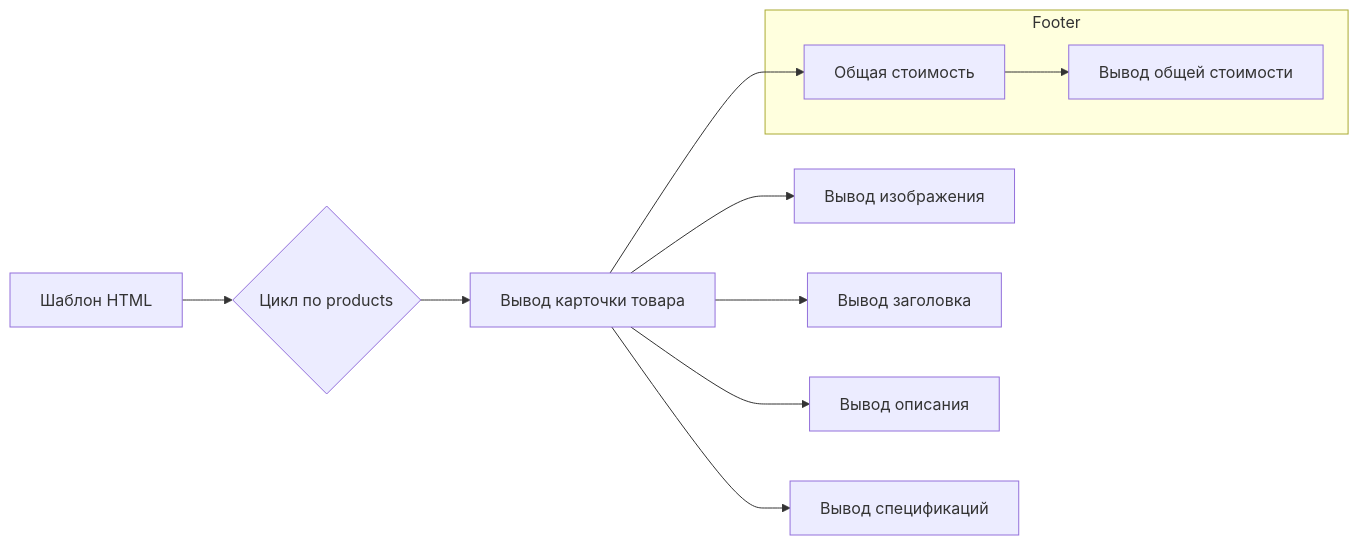
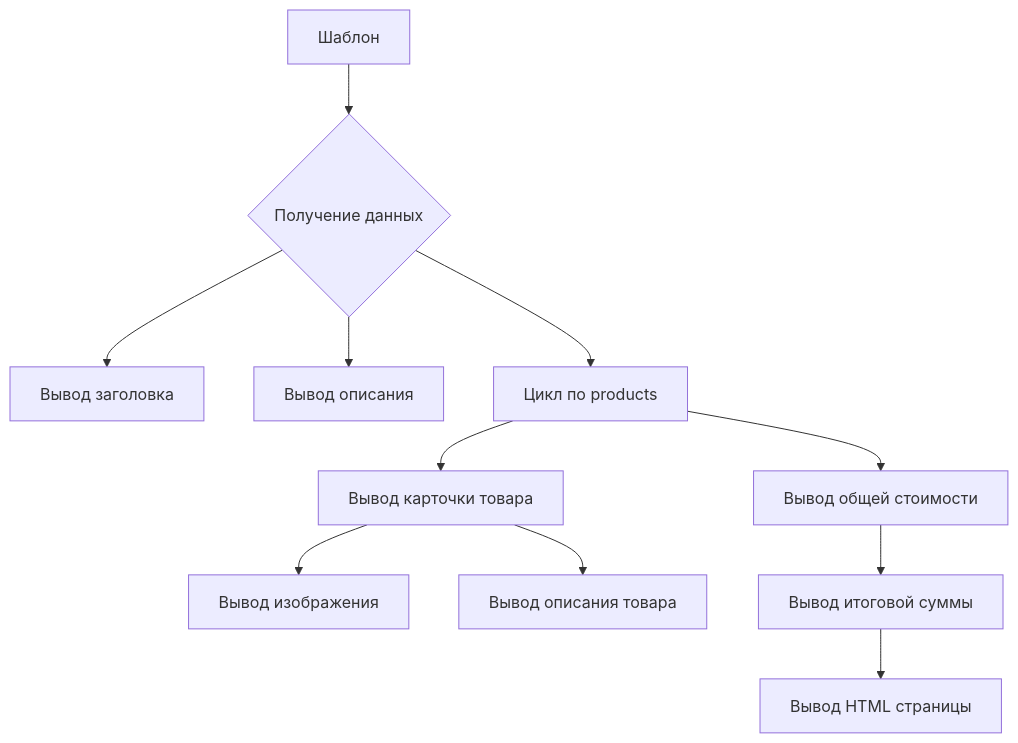
Before and after one commit to hypo69/hypo: the diagram in docs/gemini/ru/explainer/src/endpoints/kazarinov/pricelist_generator/templates/template.md, drawn with Mermaid. The commit also changed other lines of this file and 468 other files, not shown here.

````diff
--- a/docs/gemini/ru/explainer/src/endpoints/kazarinov/pricelist_generator/templates/template.md
+++ b/docs/gemini/ru/explainer/src/endpoints/kazarinov/pricelist_generator/templates/template.md
@@ -119,13 +72,14 @@
 ```mermaid
-graph LR
-    A[Шаблон HTML] --> B{Цикл по products};
-    B --> C[Вывод карточки товара];
-    C --> D[Вывод изображения];
-    C --> E[Вывод заголовка];
-    C --> F[Вывод описания];
-    C --> G[Вывод спецификаций];
-    C --> H[Общая стоимость];
-    subgraph Footer
-        H --> I[Вывод общей стоимости];
-    end
+graph TD
+    A[Шаблон] --> B{Получение данных};
+    B --> C[Вывод заголовка];
+    B --> D[Вывод описания];
+    B --> E[Цикл по products];
+    E --> F[Вывод карточки товара];
+    F --> G[Вывод изображения];
+    F --> H[Вывод описания товара];
+    E --> I[Вывод общей стоимости];
+    I --> J[Вывод итоговой суммы];
+    J --> K[Вывод HTML страницы];
+
 ```
````
